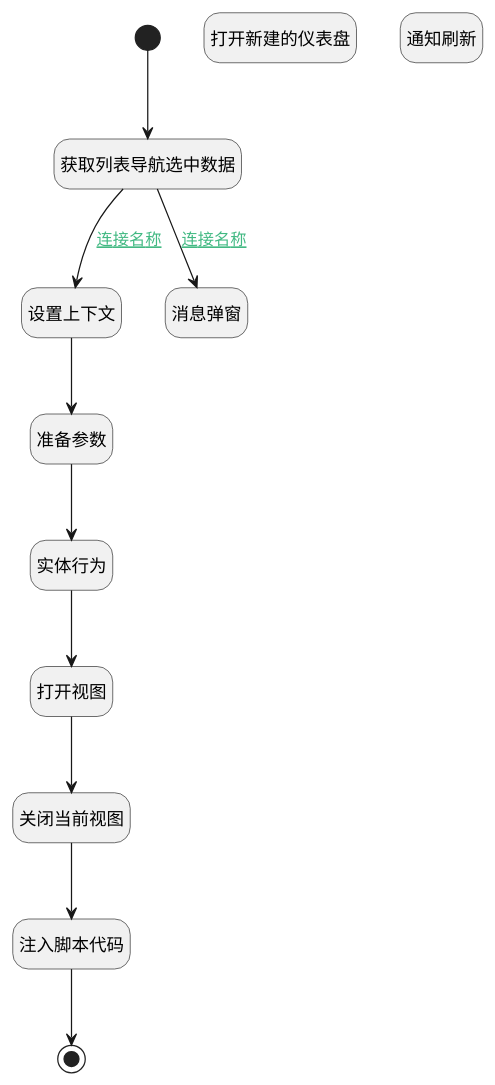
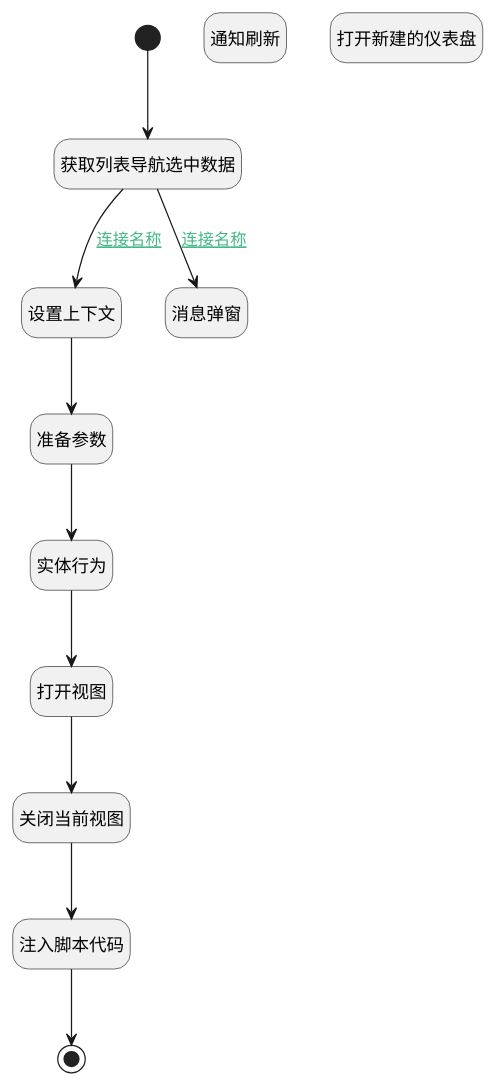
One commit to iBizLab/plm changed the diagram in doc/docsify/module/Base/dyna_dashboard/uilogic/use_cur_template_no_closed.md. Above: the diagram before and after it, drawn with PlantUML. The commit also changed other lines of this file and 1276 other files, not shown here.

````diff
--- a/doc/docsify/module/Base/dyna_dashboard/uilogic/use_cur_template_no_closed.md
+++ b/doc/docsify/module/Base/dyna_dashboard/uilogic/use_cur_template_no_closed.md
@@ -7,37 +7,37 @@
 ```plantuml
 @startuml
 hide footbox
 <style>
 root {
   HyperlinkColor #42b983
 }
 </style>
 
 hide empty description
 state "开始" as Begin <<start>> [[$./use_cur_template_no_closed#begin {开始}]]
+state "获取列表导航选中数据" as PREPAREJSPARAM1  [[$./use_cur_template_no_closed#preparejsparam1 {获取列表导航选中数据}]]
+state "关闭当前视图" as RAWJSCODE2  [[$./use_cur_template_no_closed#rawjscode2 {关闭当前视图}]]
+state "打开视图" as RAWJSCODE4  [[$./use_cur_template_no_closed#rawjscode4 {打开视图}]]
 state "设置上下文" as RAWJSCODE1  [[$./use_cur_template_no_closed#rawjscode1 {设置上下文}]]
-state "获取列表导航选中数据" as PREPAREJSPARAM1  [[$./use_cur_template_no_closed#preparejsparam1 {获取列表导航选中数据}]]
-state "注入脚本代码" as RAWJSCODE5  [[$./use_cur_template_no_closed#rawjscode5 {注入脚本代码}]]
-state "关闭当前视图" as RAWJSCODE2  [[$./use_cur_template_no_closed#rawjscode2 {关闭当前视图}]]
+state "通知刷新" as RAWJSCODE3  [[$./use_cur_template_no_closed#rawjscode3 {通知刷新}]]
 state "实体行为" as DEACTION1  [[$./use_cur_template_no_closed#deaction1 {实体行为}]]
 state "打开新建的仪表盘" as DEUIACTION1  [[$./use_cur_template_no_closed#deuiaction1 {打开新建的仪表盘}]]
-state "打开视图" as RAWJSCODE4  [[$./use_cur_template_no_closed#rawjscode4 {打开视图}]]
-state "通知刷新" as RAWJSCODE3  [[$./use_cur_template_no_closed#rawjscode3 {通知刷新}]]
+state "注入脚本代码" as RAWJSCODE5  [[$./use_cur_template_no_closed#rawjscode5 {注入脚本代码}]]
+state "准备参数" as PREPAREJSPARAM2  [[$./use_cur_template_no_closed#preparejsparam2 {准备参数}]]
+state "结束" as END1 <<end>> [[$./use_cur_template_no_closed#end1 {结束}]]
 state "消息弹窗" as MSGBOX1  [[$./use_cur_template_no_closed#msgbox1 {消息弹窗}]]
-state "结束" as END1 <<end>> [[$./use_cur_template_no_closed#end1 {结束}]]
-state "准备参数" as PREPAREJSPARAM2  [[$./use_cur_template_no_closed#preparejsparam2 {准备参数}]]
 
 
 Begin --> PREPAREJSPARAM1
 PREPAREJSPARAM1 --> RAWJSCODE1 : [[$./use_cur_template_no_closed#preparejsparam1-rawjscode1{连接名称} 连接名称]]
 RAWJSCODE1 --> PREPAREJSPARAM2
 PREPAREJSPARAM2 --> DEACTION1
 DEACTION1 --> RAWJSCODE4
 RAWJSCODE4 --> RAWJSCODE2
 RAWJSCODE2 --> RAWJSCODE5
 RAWJSCODE5 --> END1
 PREPAREJSPARAM1 --> MSGBOX1 : [[$./use_cur_template_no_closed#preparejsparam1-msgbox1{连接名称} 连接名称]]
 
 
 @enduml
 ```
````
